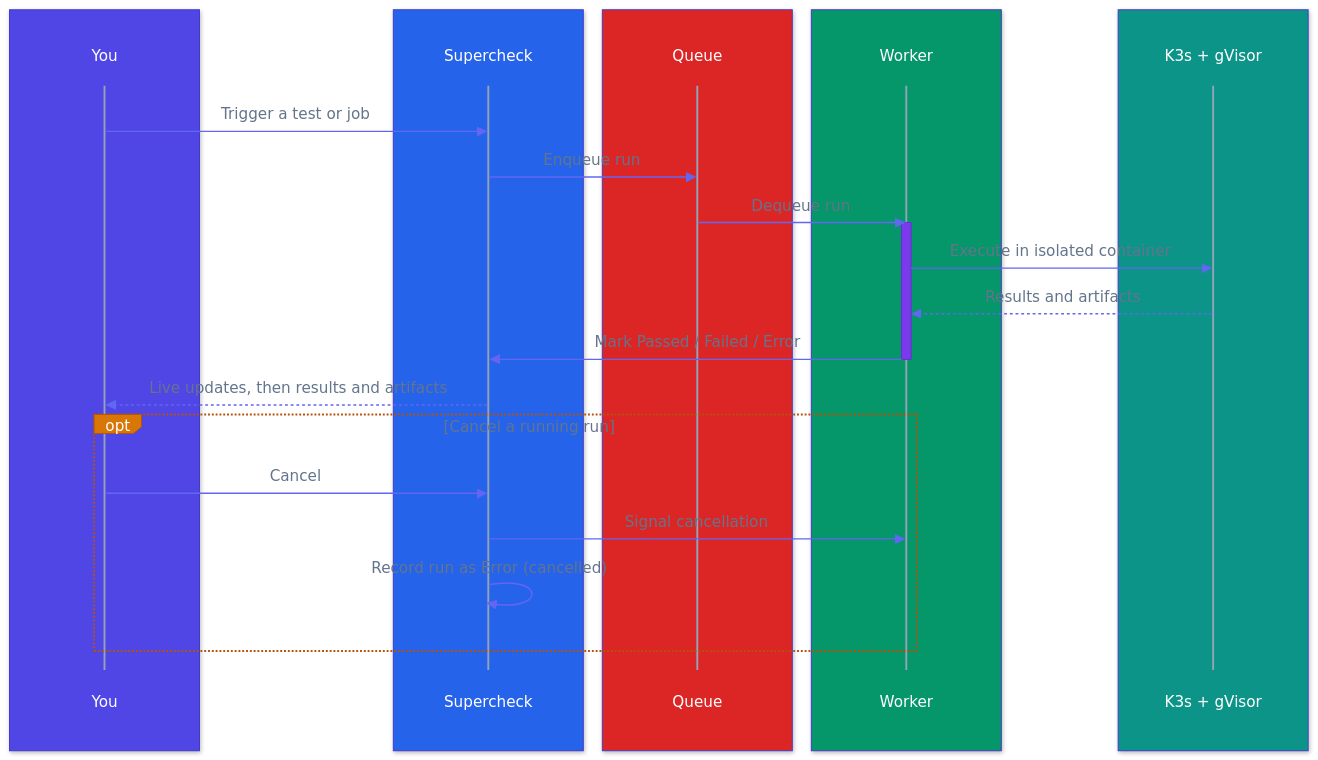
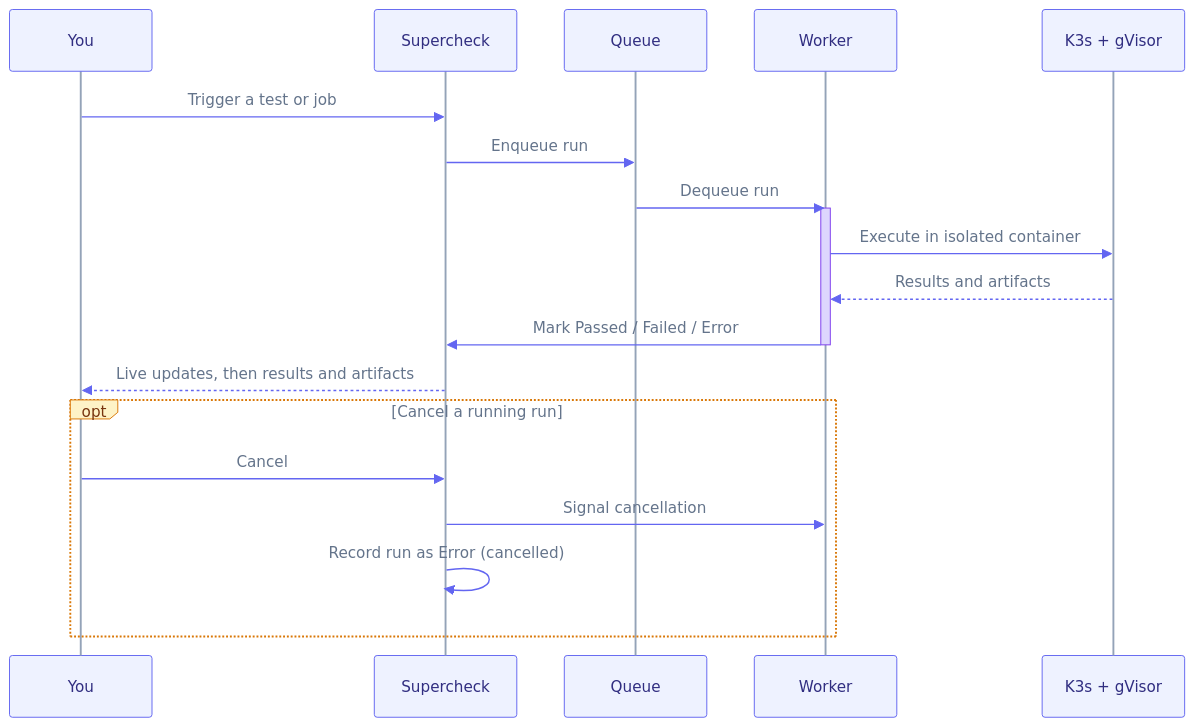
Before and after one commit to supercheck-io/supercheck: the diagram in docs/content/docs/app/automate/runs.mdx, drawn with Mermaid. The commit also changed 11 other files, not shown here.

First line of the commit message:
docs: clean up sequence diagram colors and readability

````diff
--- a/docs/content/docs/app/automate/runs.mdx
+++ b/docs/content/docs/app/automate/runs.mdx
@@ -22,34 +22,24 @@
 ```mermaid
-%%{init: {"theme":"base","themeVariables":{"fontFamily":"ui-sans-serif, system-ui, -apple-system, Segoe UI, Roboto, sans-serif","primaryColor":"#6366f1","primaryTextColor":"#ffffff","primaryBorderColor":"#4338ca","lineColor":"#94a3b8","actorBkg":"transparent","actorBorder":"transparent","actorTextColor":"#ffffff","actorLineColor":"#94a3b8","signalColor":"#6366f1","signalTextColor":"#64748b","labelBoxBkgColor":"#d97706","labelBoxBorderColor":"#b45309","labelTextColor":"#ffffff","loopTextColor":"#64748b","activationBkgColor":"#7c3aed","activationBorderColor":"#6d28d9","noteBkgColor":"#d97706","noteBorderColor":"#b45309","noteTextColor":"#ffffff","textColor":"#64748b","mainBkg":"#ffffff"}}}%%
+%%{init: {"theme":"base","themeVariables":{"fontFamily":"ui-sans-serif, system-ui, -apple-system, Segoe UI, Roboto, sans-serif","actorBkg":"#eef2ff","actorBorder":"#6366f1","actorTextColor":"#312e81","actorLineColor":"#94a3b8","signalColor":"#6366f1","signalTextColor":"#64748b","labelBoxBkgColor":"#fef3c7","labelBoxBorderColor":"#d97706","labelTextColor":"#78350f","loopTextColor":"#64748b","activationBkgColor":"#ddd6fe","activationBorderColor":"#7c3aed","noteBkgColor":"#fef3c7","noteBorderColor":"#d97706","noteTextColor":"#78350f","textColor":"#64748b","lineColor":"#94a3b8","mainBkg":"transparent"}}}%%
 sequenceDiagram
-    box rgb(79,70,229)
-        participant You
-    end
-    box rgb(37,99,235)
-        participant App as Supercheck
-    end
-    box rgb(220,38,38)
-        participant Queue as Queue
-    end
-    box rgb(5,150,105)
-        participant Worker
-    end
-    box rgb(13,148,136)
-        participant Sandbox as K3s + gVisor
-    end
+    participant You
+    participant App as Supercheck
+    participant Queue as Queue
+    participant Worker
+    participant Sandbox as K3s + gVisor
 
     You->>App: Trigger a test or job
     App->>Queue: Enqueue run
     Queue->>Worker: Dequeue run
     activate Worker
     Worker->>Sandbox: Execute in isolated container
     Sandbox-->>Worker: Results and artifacts
     Worker->>App: Mark Passed / Failed / Error
     deactivate Worker
     App-->>You: Live updates, then results and artifacts
     opt Cancel a running run
         You->>App: Cancel
         App->>Worker: Signal cancellation
         App->>App: Record run as Error (cancelled)
     end
 ```
````
